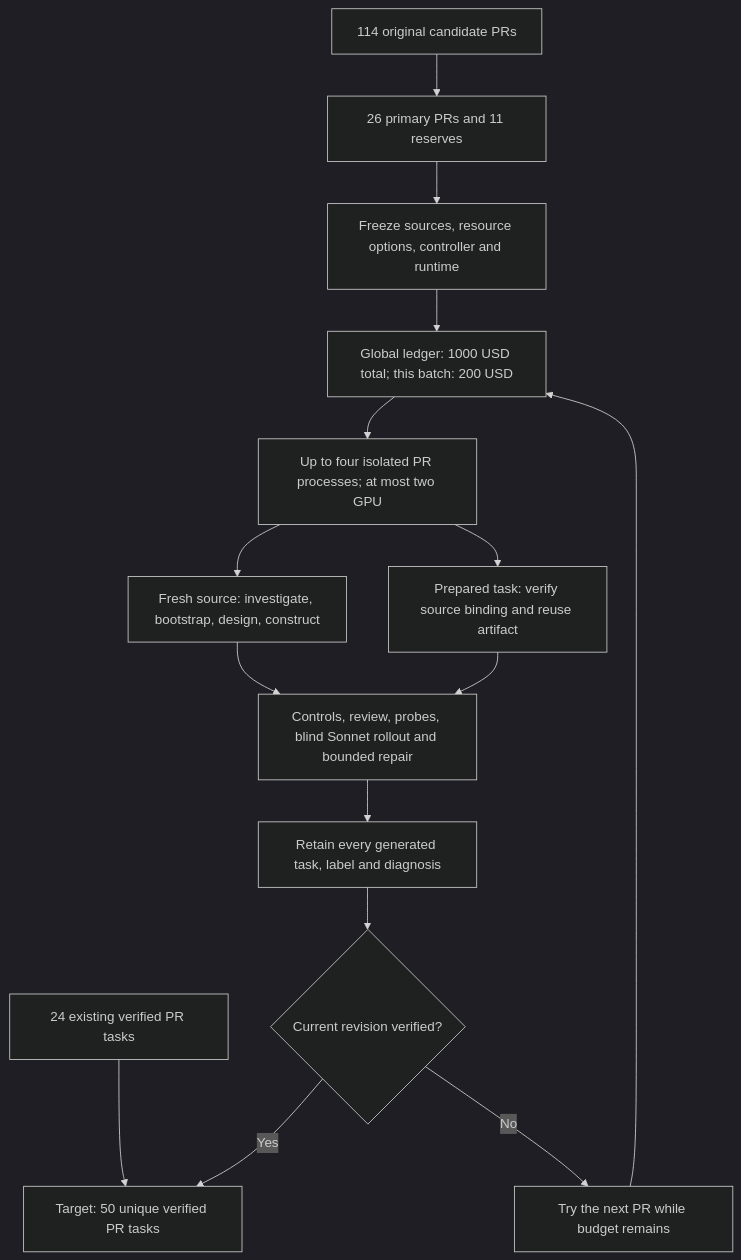
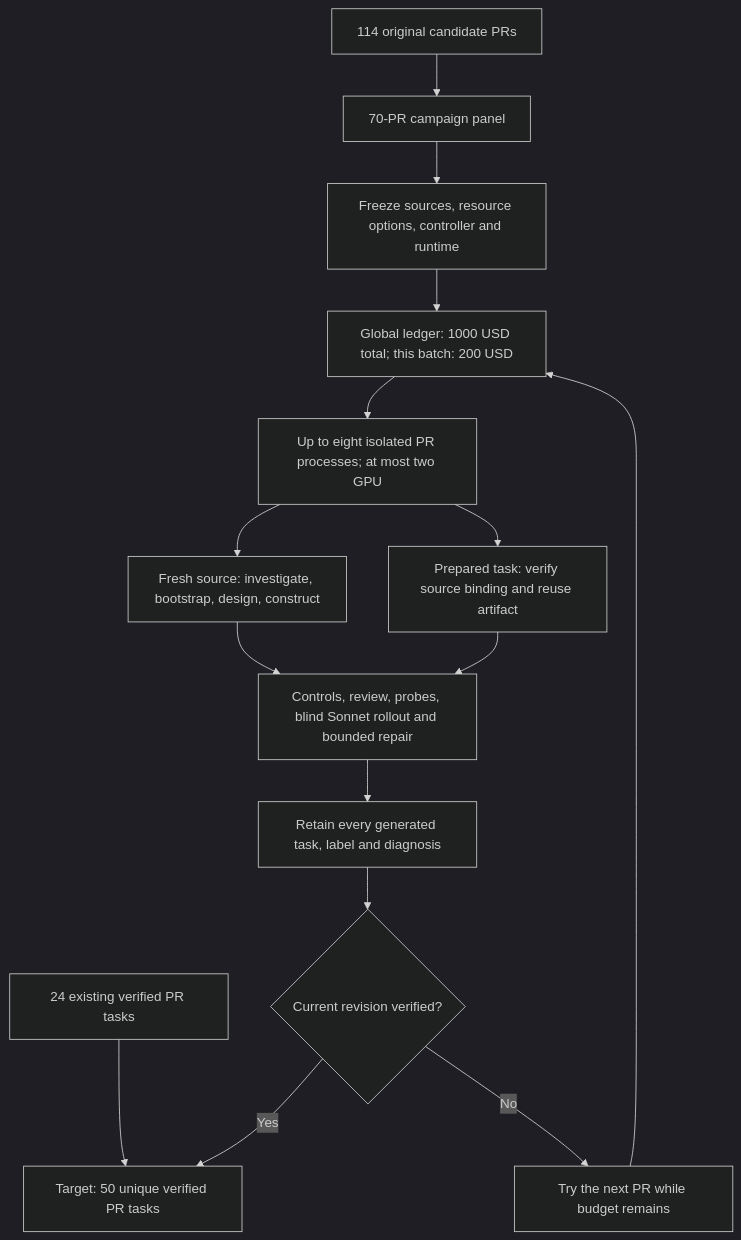
Before and after one commit to huggingface/Repo2RLEnv: the diagram in docs/pipelines/tasksmith_scale50.md, drawn with Mermaid (dark theme). The commit also changed other lines of this file, not shown here.

Commit message:
Document V6 acceptance and eight-controller continuation

````diff
--- a/docs/pipelines/tasksmith_scale50.md
+++ b/docs/pipelines/tasksmith_scale50.md
@@ -257,17 +299,17 @@
 ```mermaid
 flowchart TD
     Old[24 existing verified PR tasks] --> Target[Target: 50 unique verified PR tasks]
-    Inputs[114 original candidate PRs] --> Panel[26 primary PRs and 11 reserves]
+    Inputs[114 original candidate PRs] --> Panel[70-PR campaign panel]
     Panel --> Freeze[Freeze sources, resource options, controller and runtime]
     Freeze --> Budget[Global ledger: 1000 USD total; this batch: 200 USD]
-    Budget --> Parallel[Up to four isolated PR processes; at most two GPU]
+    Budget --> Parallel[Up to eight isolated PR processes; at most two GPU]
     Parallel --> Fresh[Fresh source: investigate, bootstrap, design, construct]
     Parallel --> Recovery[Prepared task: verify source binding and reuse artifact]
     Fresh --> Quality[Controls, review, probes, blind Sonnet rollout and bounded repair]
     Recovery --> Quality
     Quality --> Save[Retain every generated task, label and diagnosis]
     Save --> Accepted{Current revision verified?}
     Accepted -->|Yes| Target
     Accepted -->|No| Next[Try the next PR while budget remains]
     Next --> Budget
 ```
````
